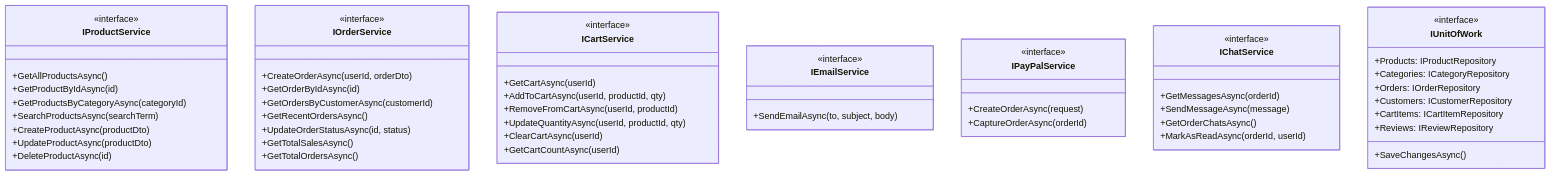
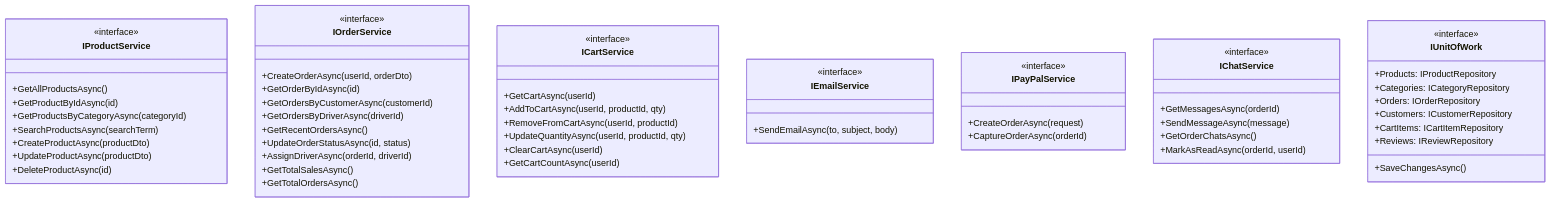
The sixth of 7 diagrams in README.md (Ahmedramzysaid/StoreWave), drawn with Mermaid before and after one commit. The commit also changed other lines of this file and 105 other files, not shown here.

````diff
--- a/README.md
+++ b/README.md
@@ -511,64 +531,66 @@
 ```mermaid
 classDiagram
     class IProductService {
         <<interface>>
         +GetAllProductsAsync()
         +GetProductByIdAsync(id)
         +GetProductsByCategoryAsync(categoryId)
         +SearchProductsAsync(searchTerm)
         +CreateProductAsync(productDto)
         +UpdateProductAsync(productDto)
         +DeleteProductAsync(id)
     }
 
     class IOrderService {
         <<interface>>
         +CreateOrderAsync(userId, orderDto)
         +GetOrderByIdAsync(id)
         +GetOrdersByCustomerAsync(customerId)
+        +GetOrdersByDriverAsync(driverId)
         +GetRecentOrdersAsync()
         +UpdateOrderStatusAsync(id, status)
+        +AssignDriverAsync(orderId, driverId)
         +GetTotalSalesAsync()
         +GetTotalOrdersAsync()
     }
 
     class ICartService {
         <<interface>>
         +GetCartAsync(userId)
         +AddToCartAsync(userId, productId, qty)
         +RemoveFromCartAsync(userId, productId)
         +UpdateQuantityAsync(userId, productId, qty)
         +ClearCartAsync(userId)
         +GetCartCountAsync(userId)
     }
 
     class IEmailService {
         <<interface>>
         +SendEmailAsync(to, subject, body)
     }
 
     class IPayPalService {
         <<interface>>
         +CreateOrderAsync(request)
         +CaptureOrderAsync(orderId)
     }
 
     class IChatService {
         <<interface>>
         +GetMessagesAsync(orderId)
         +SendMessageAsync(message)
         +GetOrderChatsAsync()
         +MarkAsReadAsync(orderId, userId)
     }
 
     class IUnitOfWork {
         <<interface>>
         +Products: IProductRepository
         +Categories: ICategoryRepository
         +Orders: IOrderRepository
         +Customers: ICustomerRepository
         +CartItems: ICartItemRepository
         +Reviews: IReviewRepository
         +SaveChangesAsync()
     }
 ```
````
